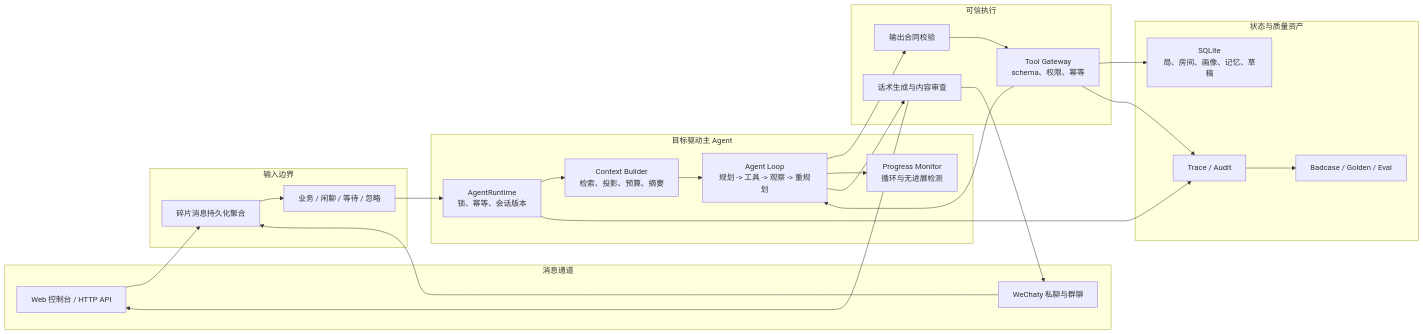
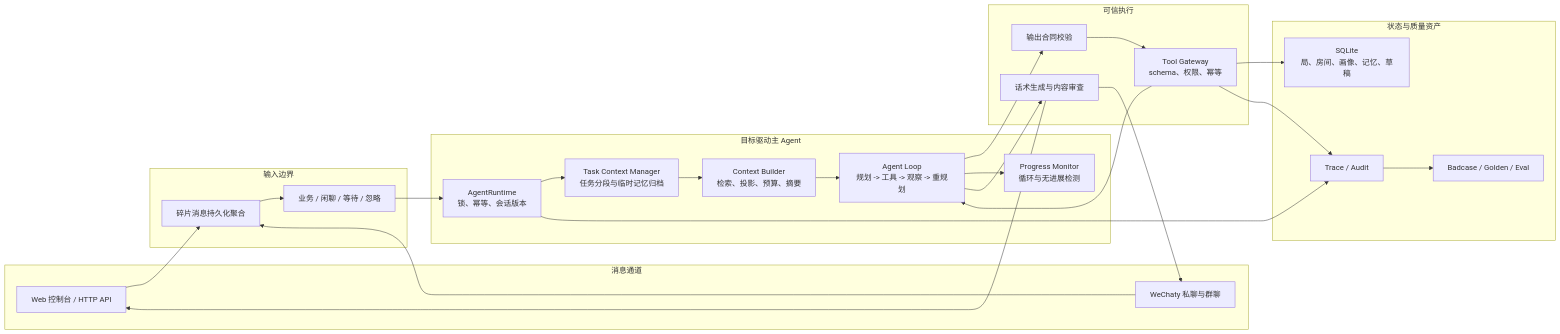
Before and after one commit to Schatt3n/mahjong-ops-agent: the diagram in README.md, drawn with Mermaid. The commit also changed other lines of this file and 16 other files, not shown here.

````diff
--- a/README.md
+++ b/README.md
@@ -52,49 +53,51 @@
 ```mermaid
 flowchart LR
   subgraph Channels["消息通道"]
     Web["Web 控制台 / HTTP API"]
     WeChaty["WeChaty 私聊与群聊"]
   end
 
   subgraph Boundary["输入边界"]
     Buffer["碎片消息持久化聚合"]
     Gate["业务 / 闲聊 / 等待 / 忽略"]
   end
 
   subgraph Agent["目标驱动主 Agent"]
     Runtime["AgentRuntime<br/>锁、幂等、会话版本"]
+    TaskContext["Task Context Manager<br/>任务分段与临时记忆归档"]
     Context["Context Builder<br/>检索、投影、预算、摘要"]
     Loop["Agent Loop<br/>规划 -> 工具 -> 观察 -> 重规划"]
     Progress["Progress Monitor<br/>循环与无进展检测"]
   end
 
   subgraph Execution["可信执行"]
     Contract["输出合同校验"]
     Gateway["Tool Gateway<br/>schema、权限、幂等"]
     Visible["话术生成与内容审查"]
   end
 
   subgraph State["状态与质量资产"]
     SQLite["SQLite<br/>局、房间、画像、记忆、草稿"]
     Trace["Trace / Audit"]
     Eval["Badcase / Golden / Eval"]
   end
 
   Web --> Buffer
   WeChaty --> Buffer
   Buffer --> Gate
   Gate --> Runtime
-  Runtime --> Context
+  Runtime --> TaskContext
+  TaskContext --> Context
   Context --> Loop
   Loop --> Contract
   Contract --> Gateway
   Gateway --> SQLite
   Gateway --> Loop
   Loop --> Progress
   Loop --> Visible
   Visible --> Web
   Visible --> WeChaty
   Runtime --> Trace
   Gateway --> Trace
   Trace --> Eval
 ```
````
